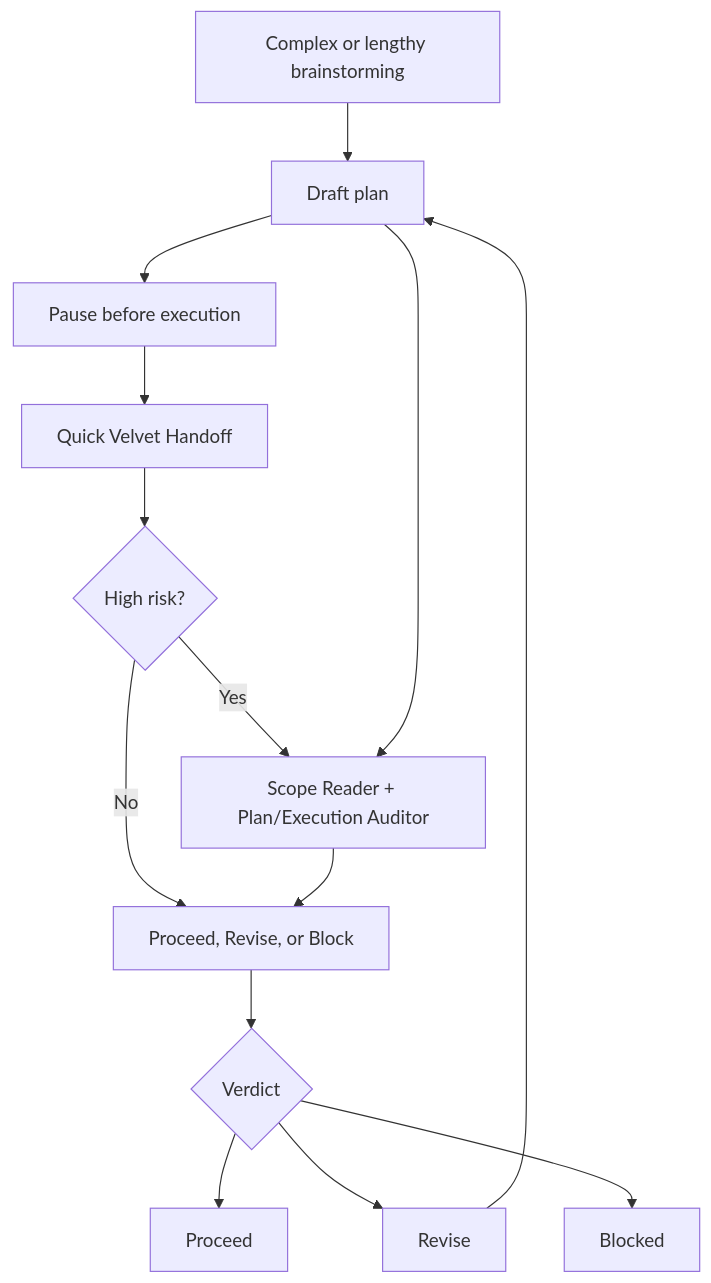
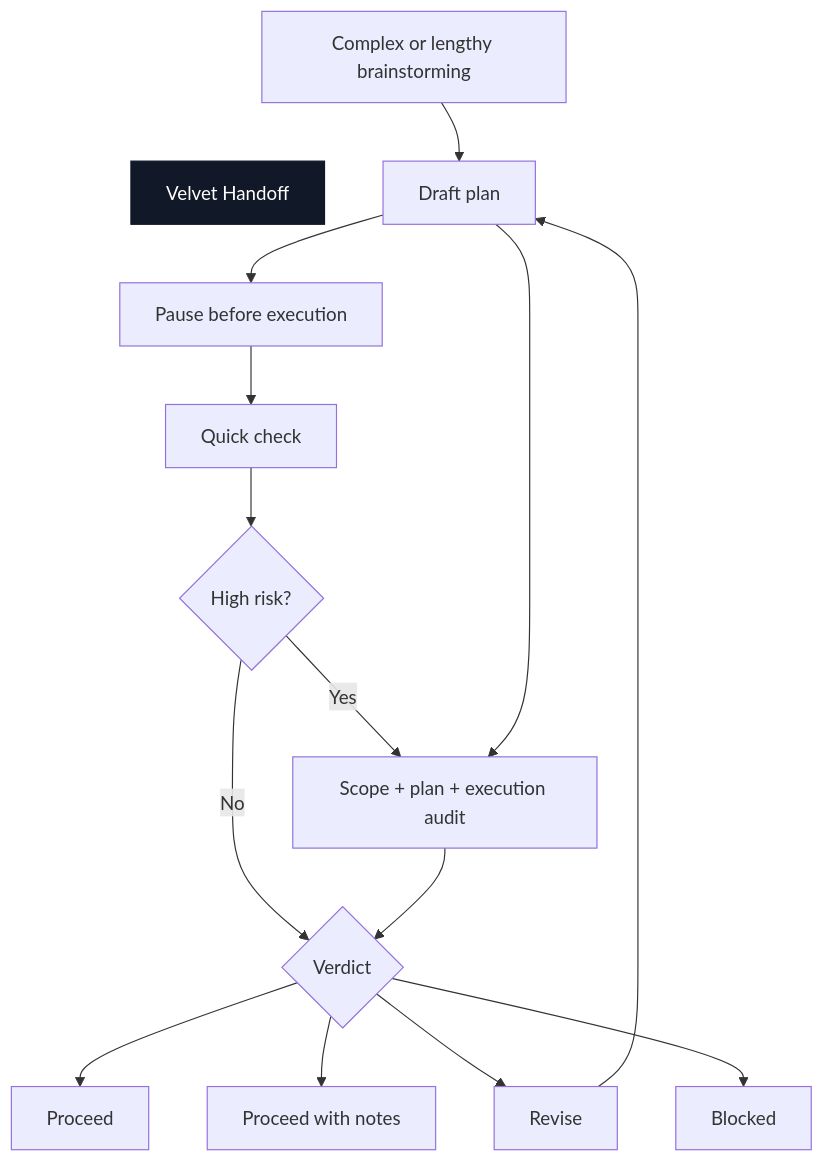
One commit to emilios-eth/velvet-handoff changed the diagram in README.md. Above: the diagram before and after it, drawn with Mermaid. The commit also changed other lines of this file and 2 other files, not shown here.

Commit message:
Improve final handoff clarity

````diff
--- a/README.md
+++ b/README.md
@@ -11,16 +11,18 @@
 ```mermaid
 flowchart TD
-    A["Complex or lengthy brainstorming"] --> B["Draft plan"]
+    A["Complex or lengthy brainstorming"] ~~~ BRAND["Velvet Handoff"]
+    A --> B["Draft plan"]
     B --> C["Pause before execution"]
-    C --> D["Quick Velvet Handoff"]
+    C --> D["Quick check"]
     D --> E{"High risk?"}
-    E -->|No| G["Proceed, Revise, or Block"]
-    E -->|Yes| F["Scope Reader + Plan/Execution Auditor"]
+    E -->|No| H{"Verdict"}
+    E -->|Yes| F["Scope + plan + execution audit"]
     B --> F
-    F --> G["Proceed, Revise, or Block"]
-    G --> H{"Verdict"}
+    F --> H
     H --> I["Proceed"]
+    H --> L["Proceed with notes"]
     H --> J["Revise"]
     H --> K["Blocked"]
     J --> B
+    style BRAND fill:#111827,color:#ffffff,stroke:#111827
 ```
````
